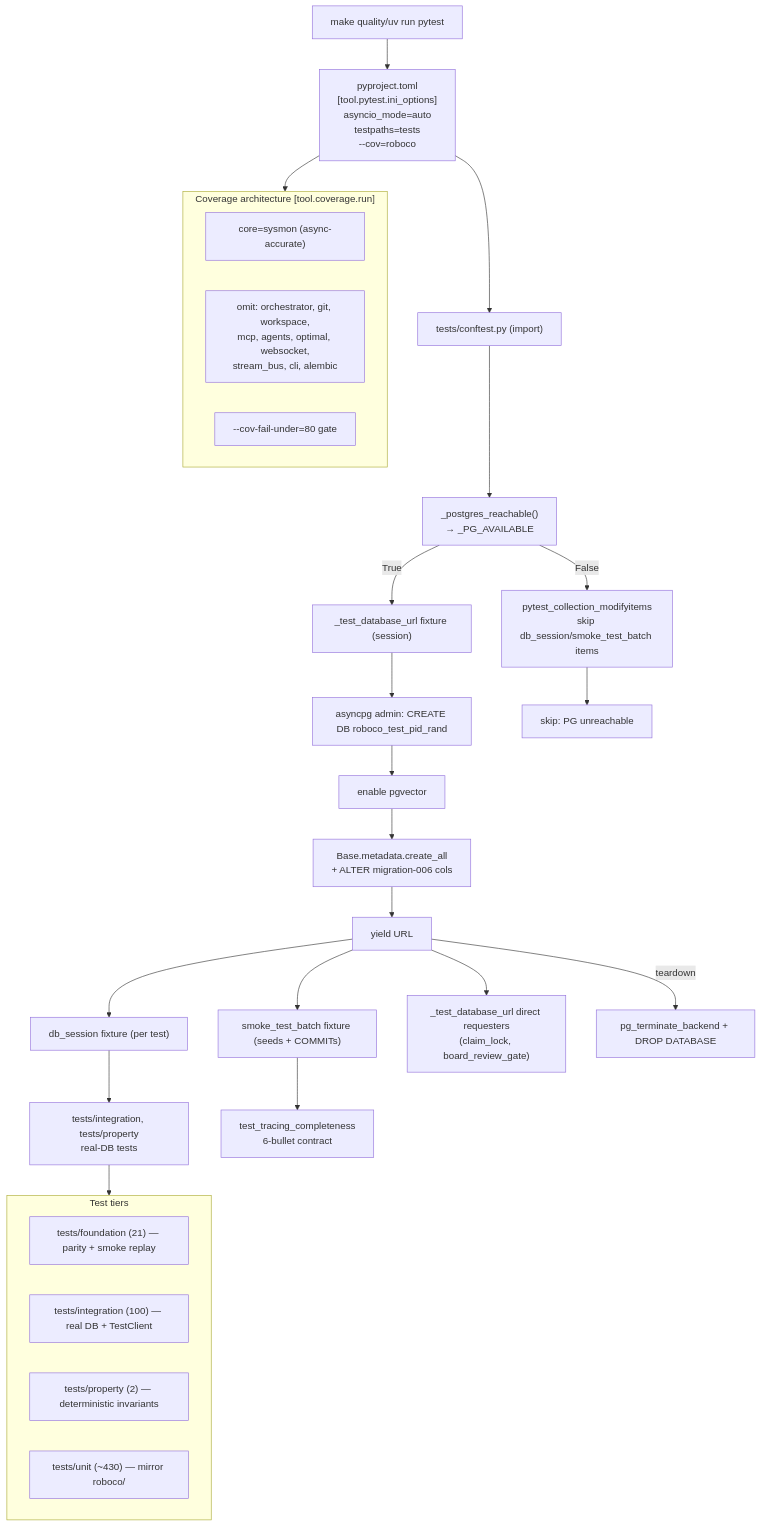
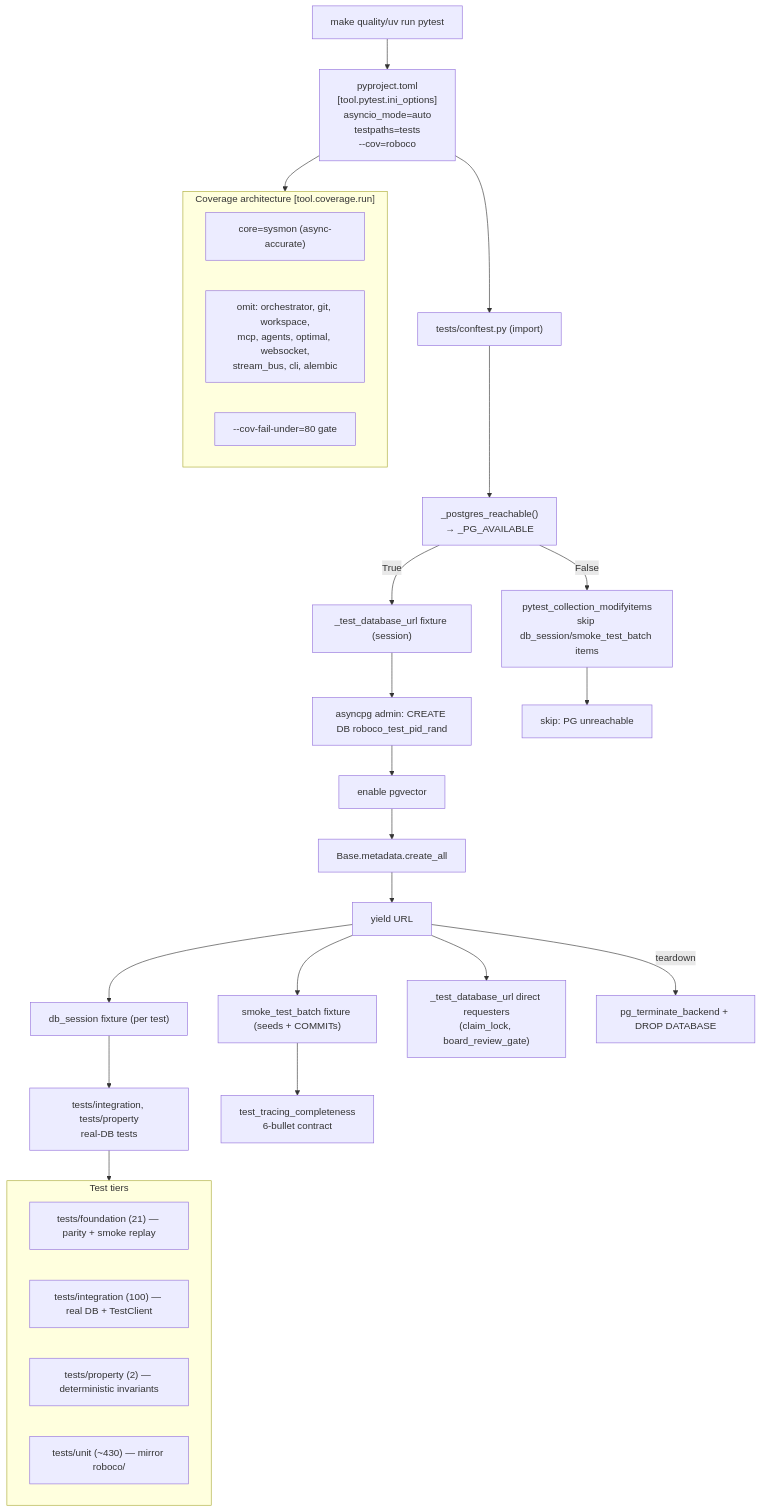
The diagram in docs/map/tests.md (rennf93/roboco), drawn with Mermaid before and after one commit. The commit also changed other lines of this file and 4 other files, not shown here.

First line of the commit message:
docs(tests): stop describing the test schema as drifted from the migrations

````diff
--- a/docs/map/tests.md
+++ b/docs/map/tests.md
@@ -63,34 +63,34 @@
 ```mermaid
 flowchart TD
     A["make quality/uv run pytest"] --> P["pyproject.toml<br/>[tool.pytest.ini_options]<br/>asyncio_mode=auto<br/>testpaths=tests<br/>--cov=roboco"]
     P --> C["tests/conftest.py (import)"]
     C --> R["_postgres_reachable()<br/>→ _PG_AVAILABLE"]
     R -- "False" --> S["pytest_collection_modifyitems<br/>skip db_session/smoke_test_batch items"]
     R -- "True" --> F["_test_database_url fixture (session)"]
     F --> F1["asyncpg admin: CREATE DB roboco_test_pid_rand"]
     F1 --> F2["enable pgvector"]
-    F2 --> F3["Base.metadata.create_all<br/>+ ALTER migration-006 cols"]
+    F2 --> F3["Base.metadata.create_all"]
     F3 --> F4["yield URL"]
     F4 --> D["db_session fixture (per test)"]
     F4 --> SB["smoke_test_batch fixture (seeds + COMMITs)"]
     F4 --> U["_test_database_url direct requesters<br/>(claim_lock, board_review_gate)"]
     D --> T["tests/integration, tests/property<br/>real-DB tests"]
     SB --> PT["test_tracing_completeness<br/>6-bullet contract"]
     F4 -- teardown --> X["pg_terminate_backend + DROP DATABASE"]
 
     subgraph cov["Coverage architecture [tool.coverage.run]"]
       CO["core=sysmon (async-accurate)"]
       OM["omit: orchestrator, git, workspace,<br/>mcp, agents, optimal, websocket,<br/>stream_bus, cli, alembic"]
       G["--cov-fail-under=80 gate"]
     end
     P --> cov
 
     subgraph tiers["Test tiers"]
       TF["tests/foundation (21) — parity + smoke replay"]
       TI["tests/integration (100) — real DB + TestClient"]
       TP["tests/property (2) — deterministic invariants"]
       TU["tests/unit (~430) — mirror roboco/"]
     end
     T --> tiers
     S --> SK["skip: PG unreachable"]
 ```
````
